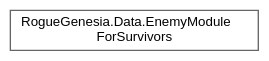
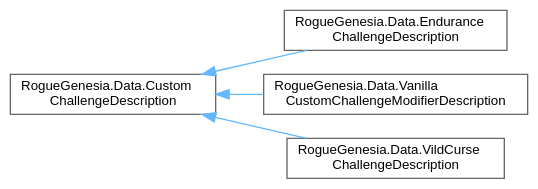
Before and after one commit to PlexusDuMenton/RogueGenesiaModAPI: the diagram in inherit_graph_68.dot, drawn with Graphviz. The commit also changed 3407 other files, not shown here.

```diff
--- a/inherit_graph_68.dot
+++ b/inherit_graph_68.dot
@@ -1,9 +1,15 @@
 digraph "Graphical Class Hierarchy"
 {
  // LATEX_PDF_SIZE
   bgcolor="transparent";
   edge [fontname=Helvetica,fontsize=10,labelfontname=Helvetica,labelfontsize=10];
   node [fontname=Helvetica,fontsize=10,shape=box,height=0.2,width=0.4];
   rankdir="LR";
-  Node0 [label="RogueGenesia.Data.EnemyModule\lForSurvivors",height=0.2,width=0.4,color="grey40", fillcolor="white", style="filled",URL="$class_rogue_genesia_1_1_data_1_1_enemy_module_for_survivors.html",tooltip=" "];
+  Node0 [label="RogueGenesia.Data.Custom\lChallengeDescription",height=0.2,width=0.4,color="grey40", fillcolor="white", style="filled",URL="$class_rogue_genesia_1_1_data_1_1_custom_challenge_description.html",tooltip=" "];
+  Node0 -> Node1 [dir="back",color="steelblue1",style="solid"];
+  Node1 [label="RogueGenesia.Data.Endurance\lChallengeDescription",height=0.2,width=0.4,color="grey40", fillcolor="white", style="filled",URL="$class_rogue_genesia_1_1_data_1_1_endurance_challenge_description.html",tooltip=" "];
+  Node0 -> Node2 [dir="back",color="steelblue1",style="solid"];
+  Node2 [label="RogueGenesia.Data.Vanilla\lCustomChallengeModifierDescription",height=0.2,width=0.4,color="grey40", fillcolor="white", style="filled",URL="$class_rogue_genesia_1_1_data_1_1_vanilla_custom_challenge_modifier_description.html",tooltip=" "];
+  Node0 -> Node3 [dir="back",color="steelblue1",style="solid"];
+  Node3 [label="RogueGenesia.Data.VildCurse\lChallengeDescription",height=0.2,width=0.4,color="grey40", fillcolor="white", style="filled",URL="$class_rogue_genesia_1_1_data_1_1_vild_curse_challenge_description.html",tooltip=" "];
 }
```
